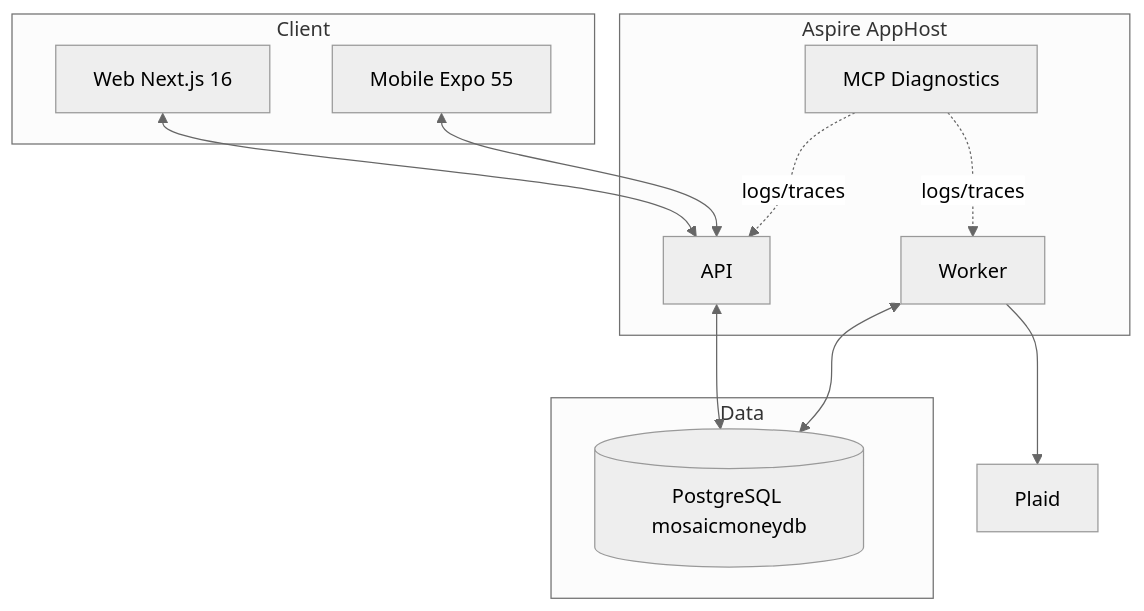
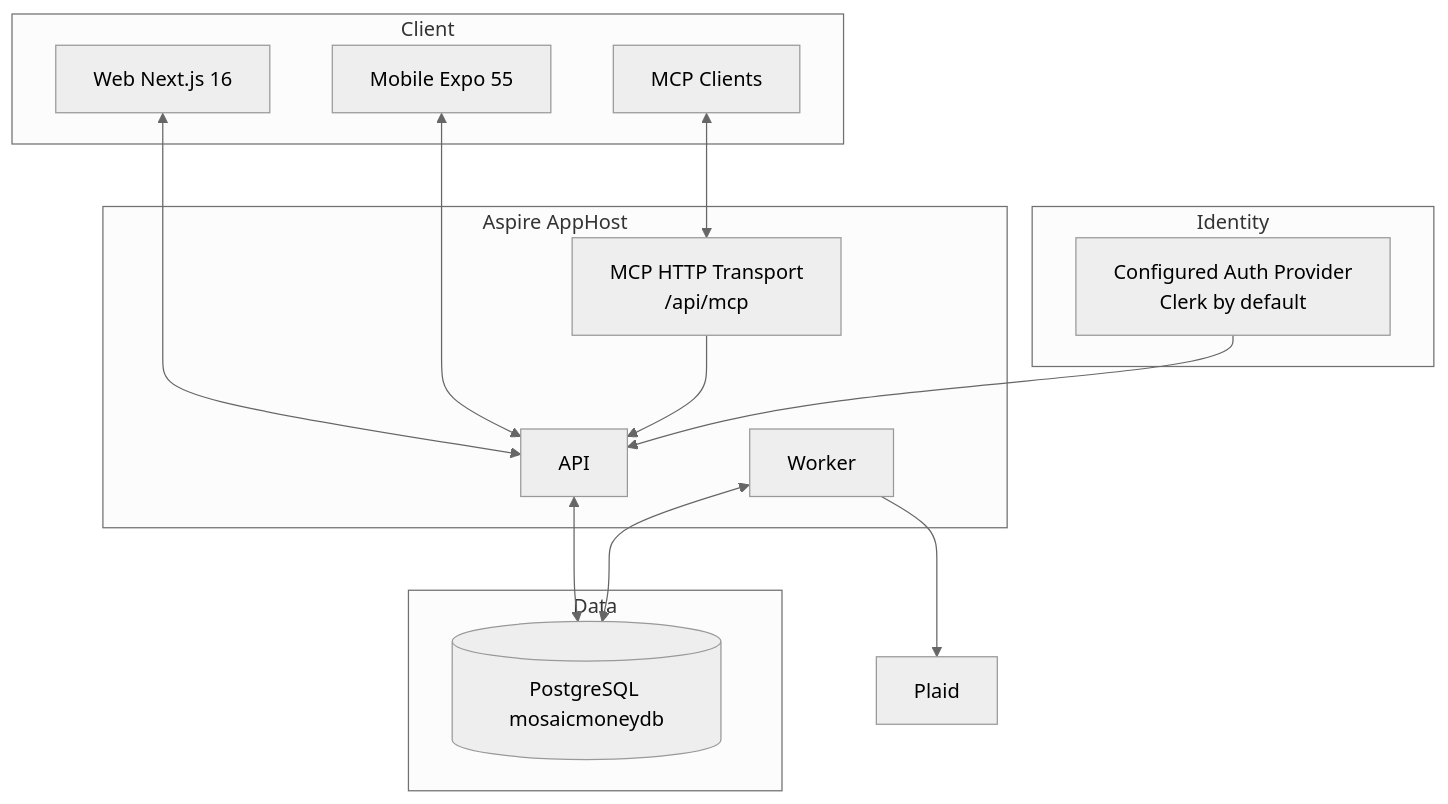
Before and after one commit to ChrisMcKee1/Mosaic-Money: the diagram in docs/architecture/system-topology.md, drawn with Mermaid (neutral theme). The commit also changed other lines of this file and 64 other files, not shown here.

````diff
--- a/docs/architecture/system-topology.md
+++ b/docs/architecture/system-topology.md
@@ -11,25 +12,31 @@
 ```mermaid
 flowchart TB
     subgraph Client
         Web[Web Next.js 16]
         Mobile[Mobile Expo 55]
+        McpClients[MCP Clients]
+    end
+
+    subgraph Identity
+        IdP[Configured Auth Provider\nClerk by default]
     end
 
     subgraph AppHost[Aspire AppHost]
         Api[API]
         Worker[Worker]
-        Mcp[MCP Diagnostics]
+        McpTransport[MCP HTTP Transport\n/api/mcp]
     end
 
     subgraph Data
         Pg[(PostgreSQL mosaicmoneydb)]
     end
 
     Web <--> Api
     Mobile <--> Api
+    McpClients <--> McpTransport
+    McpTransport --> Api
+    IdP --> Api
     Api <--> Pg
     Worker <--> Pg
     Worker --> Plaid[Plaid]
-    Mcp -.logs/traces.-> Api
-    Mcp -.logs/traces.-> Worker
 ```
````
